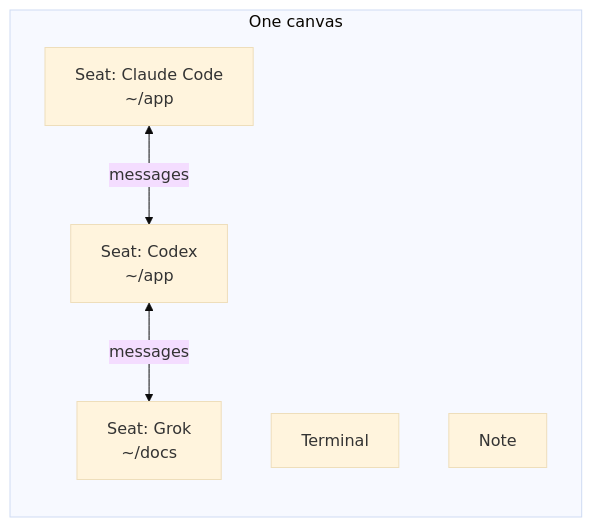
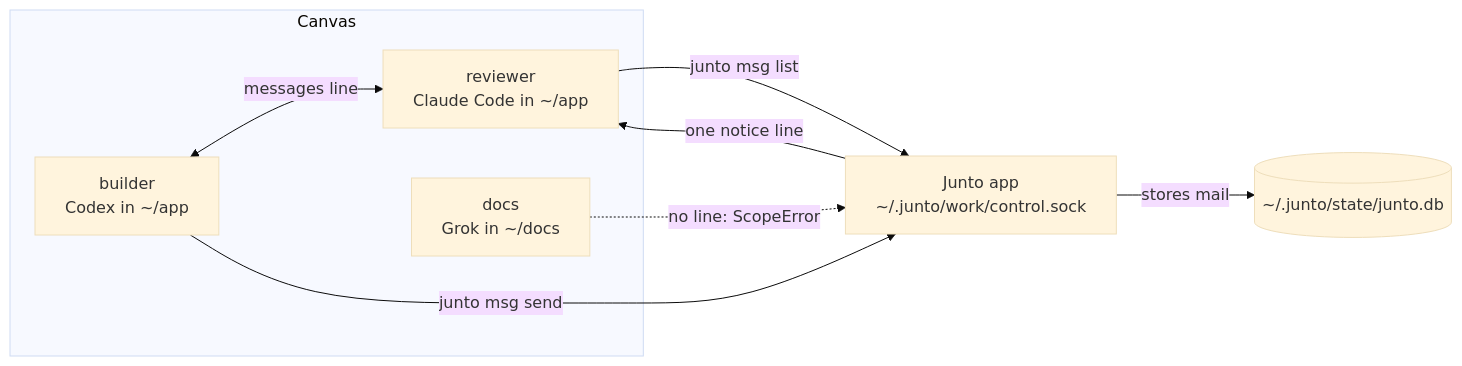
Before and after one commit to skastr0/junto: the diagram in README.md, drawn with Mermaid (base theme). The commit also changed other lines of this file and 3 other files, not shown here.

````diff
--- a/README.md
+++ b/README.md
@@ -60,12 +76,14 @@
 ```mermaid
 flowchart LR
-  subgraph canvas [One canvas]
-    A["Seat: Claude Code<br/>~/app"]
-    B["Seat: Codex<br/>~/app"]
-    C["Seat: Grok<br/>~/docs"]
-    T["Terminal"]
-    N["Note"]
+  subgraph canvas [Canvas]
+    B["builder<br/>Codex in ~/app"]
+    R["reviewer<br/>Claude Code in ~/app"]
+    D["docs<br/>Grok in ~/docs"]
   end
-  A <-- "messages" --> B
-  B <-- "messages" --> C
+  B <-- "messages line" --> R
+  B -- "junto msg send" --> J["Junto app<br/>~/.junto/work/control.sock"]
+  J -- "stores mail" --> DB[("~/.junto/state/junto.db")]
+  J -- "one notice line" --> R
+  R -- "junto msg list" --> J
+  D -.->|"no line: ScopeError"| J
 ```
````
